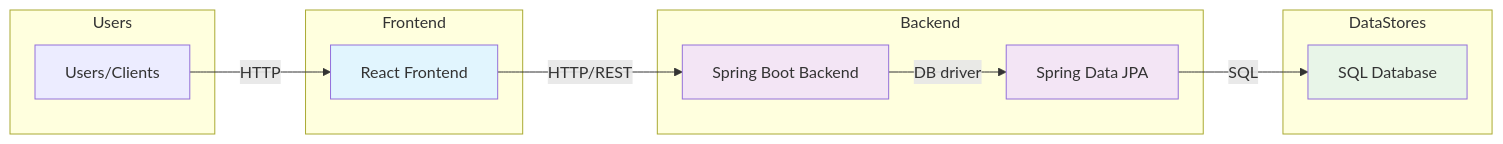
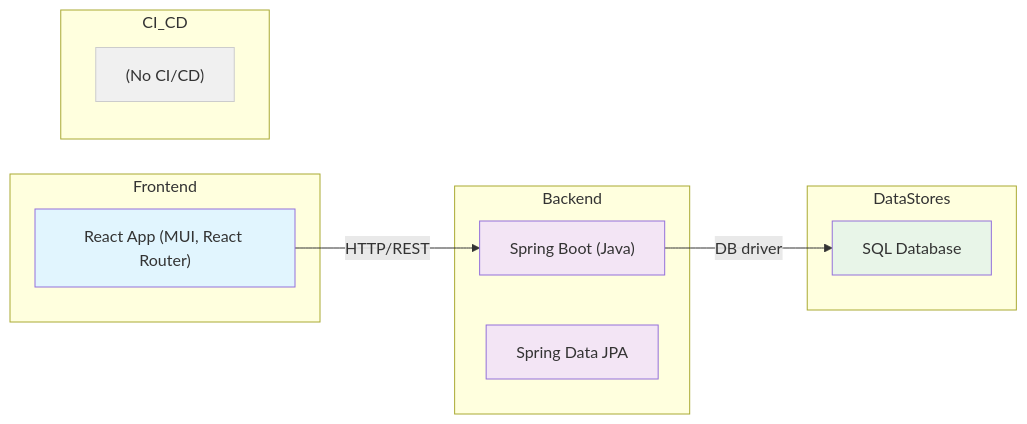
One commit to Automaxx/Offxd changed the diagram in ARCHITECTURE.md. Above: the diagram before and after it, drawn with Mermaid.

Commit message:
Add/Update ARCHITECTURE.md via AutoGitPilot Architecture Diagram Generator

````diff
--- a/ARCHITECTURE.md
+++ b/ARCHITECTURE.md
@@ -5,28 +5,28 @@
 ```mermaid
 graph LR
-    subgraph Users
-        User["Users/Clients"]
-    end
-    
     subgraph Frontend
-        ReactApp["React Frontend"]
-        style ReactApp fill:#e1f5fe
+        React["React App (MUI, React Router)"]
+        style React fill:#e1f5fe
     end
 
     subgraph Backend
-        SpringBootApp["Spring Boot Backend"]
-        SpringDataJPA["Spring Data JPA"]
-        style SpringBootApp fill:#f3e5f5
-        style SpringDataJPA fill:#f3e5f5
+        SpringBoot["Spring Boot (Java)"]
+        JPA["Spring Data JPA"]
+        style SpringBoot fill:#f3e5f5
+        style JPA fill:#f3e5f5
     end
 
     subgraph DataStores
-        Database["SQL Database"]
-        style Database fill:#e8f5e8
+        SQLDB["SQL Database"]
+        style SQLDB fill:#e8f5e8
     end
 
-    User -->|HTTP| ReactApp
-    ReactApp -->|HTTP/REST| SpringBootApp
-    SpringBootApp -->|DB driver| SpringDataJPA
-    SpringDataJPA -->|SQL| Database
+    subgraph CI_CD
+        CI_CD_System["(No CI/CD)"]
+        style CI_CD_System fill:#f0f0f0,stroke:#ccc,stroke-width:1px
+    end
+
+
+    React -->|HTTP/REST| SpringBoot
+    SpringBoot -->|DB driver| SQLDB
 ```
````
